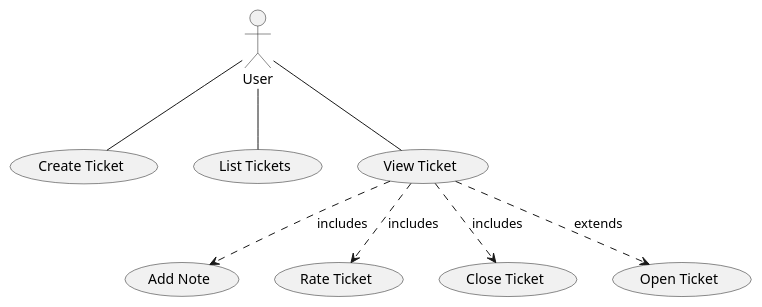
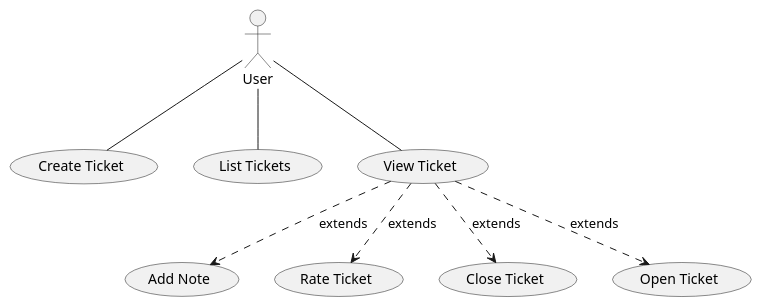
Before and after one commit to mihailov-vf/siscourb: the diagram in docs/UML/Ticket/user_ticket_uc.puml, drawn with PlantUML. The commit also changed 1 other file, not shown here.

```diff
--- a/docs/UML/Ticket/user_ticket_uc.puml
+++ b/docs/UML/Ticket/user_ticket_uc.puml
@@ -1,14 +1,14 @@
 @startuml
 
 :User:
 
 User -- (Create Ticket)
 User -- (List Tickets)
 User -- (View Ticket)
 
-(View Ticket) ..> (Add Note) :includes
-(View Ticket) ..> (Rate Ticket) :includes
-(View Ticket) ..> (Close Ticket) :includes
+(View Ticket) ..> (Add Note) :extends
+(View Ticket) ..> (Rate Ticket) :extends
+(View Ticket) ..> (Close Ticket) :extends
 (View Ticket) ..> (Open Ticket) :extends
 
 @enduml
```
